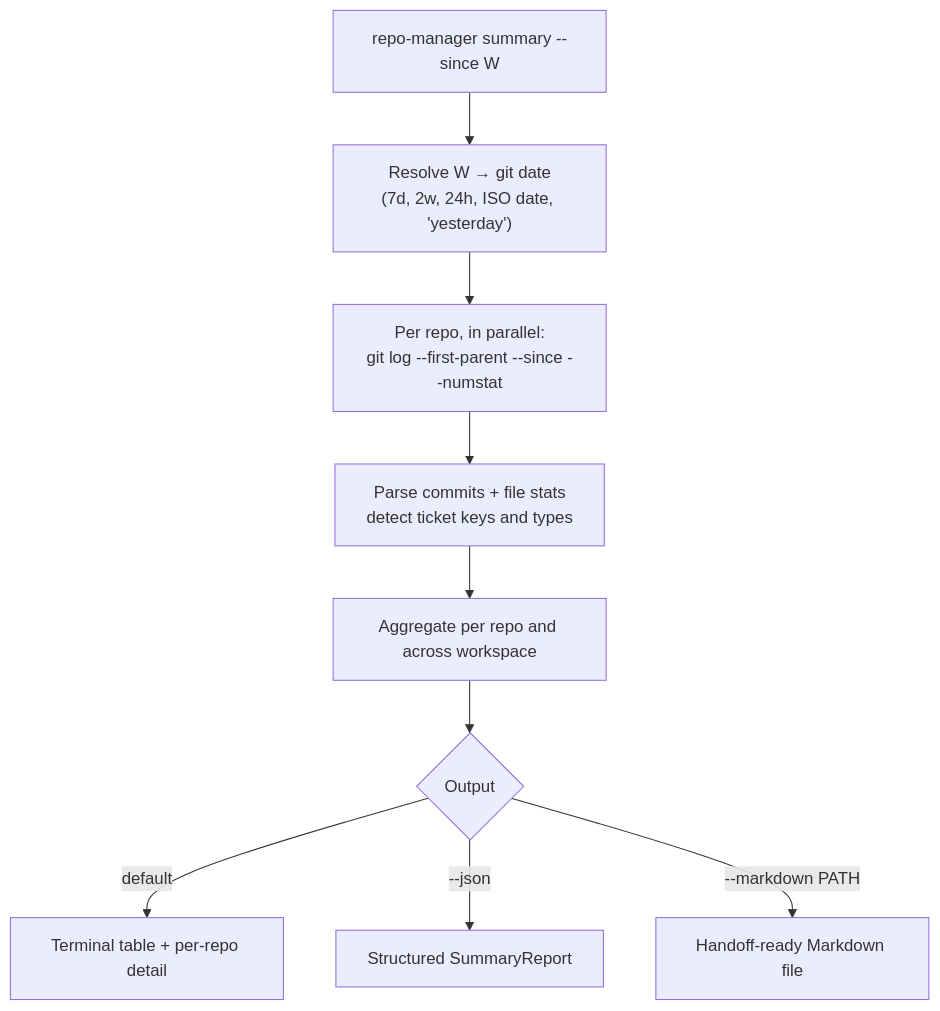
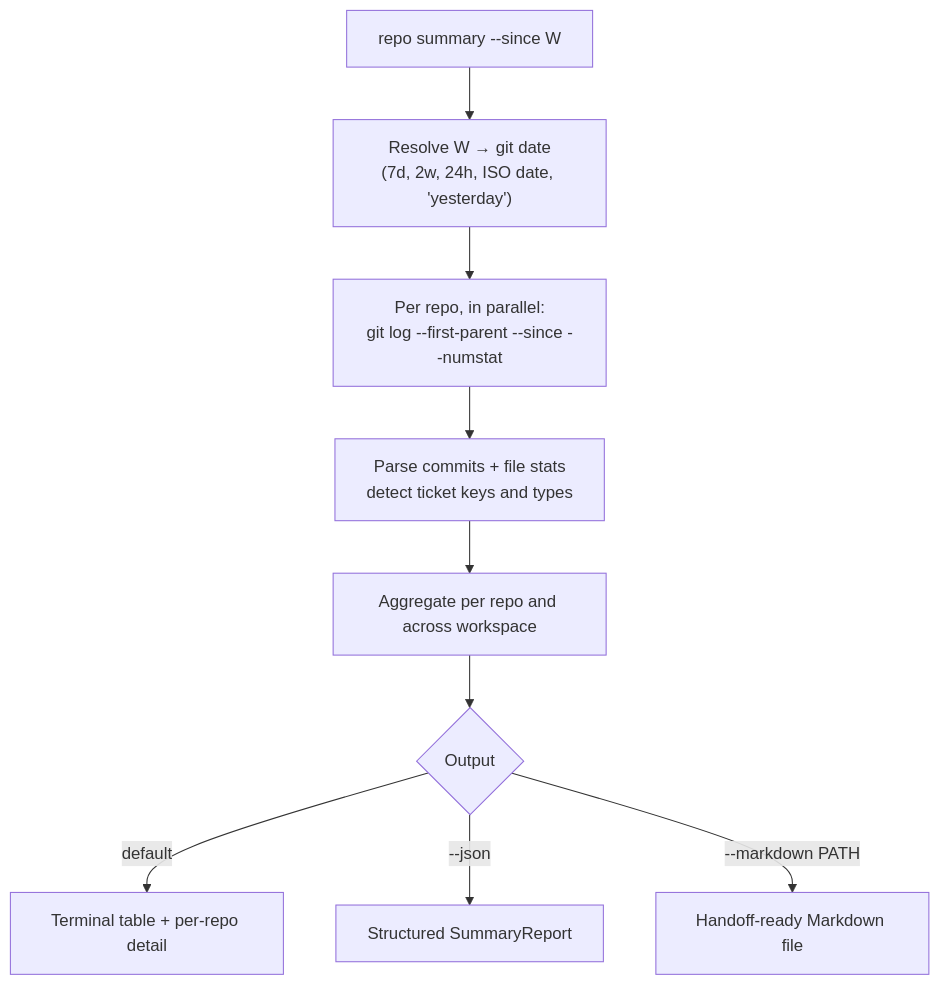
The diagram in docs/reference/summary.md (thetechdabbler/repo-manager), drawn with Mermaid before and after one commit. The commit also changed other lines of this file and 44 other files, not shown here.

First line of the commit message:
feat: add project-first repo CLI

````diff
--- a/docs/reference/summary.md
+++ b/docs/reference/summary.md
@@ -16,11 +16,11 @@
 ```mermaid
 flowchart TD
-  A["repo-manager summary --since W"] --> B["Resolve W → git date<br/>(7d, 2w, 24h, ISO date, 'yesterday')"]
+  A["repo <project> summary --since W"] --> B["Resolve W → git date<br/>(7d, 2w, 24h, ISO date, 'yesterday')"]
   B --> C["Per repo, in parallel:<br/>git log --first-parent --since --numstat"]
   C --> D["Parse commits + file stats<br/>detect ticket keys and types"]
   D --> E["Aggregate per repo and across workspace"]
   E --> F{"Output"}
   F -- "default" --> G["Terminal table + per-repo detail"]
   F -- "--json" --> H["Structured SummaryReport"]
   F -- "--markdown PATH" --> I["Handoff-ready Markdown file"]
 ```
````
